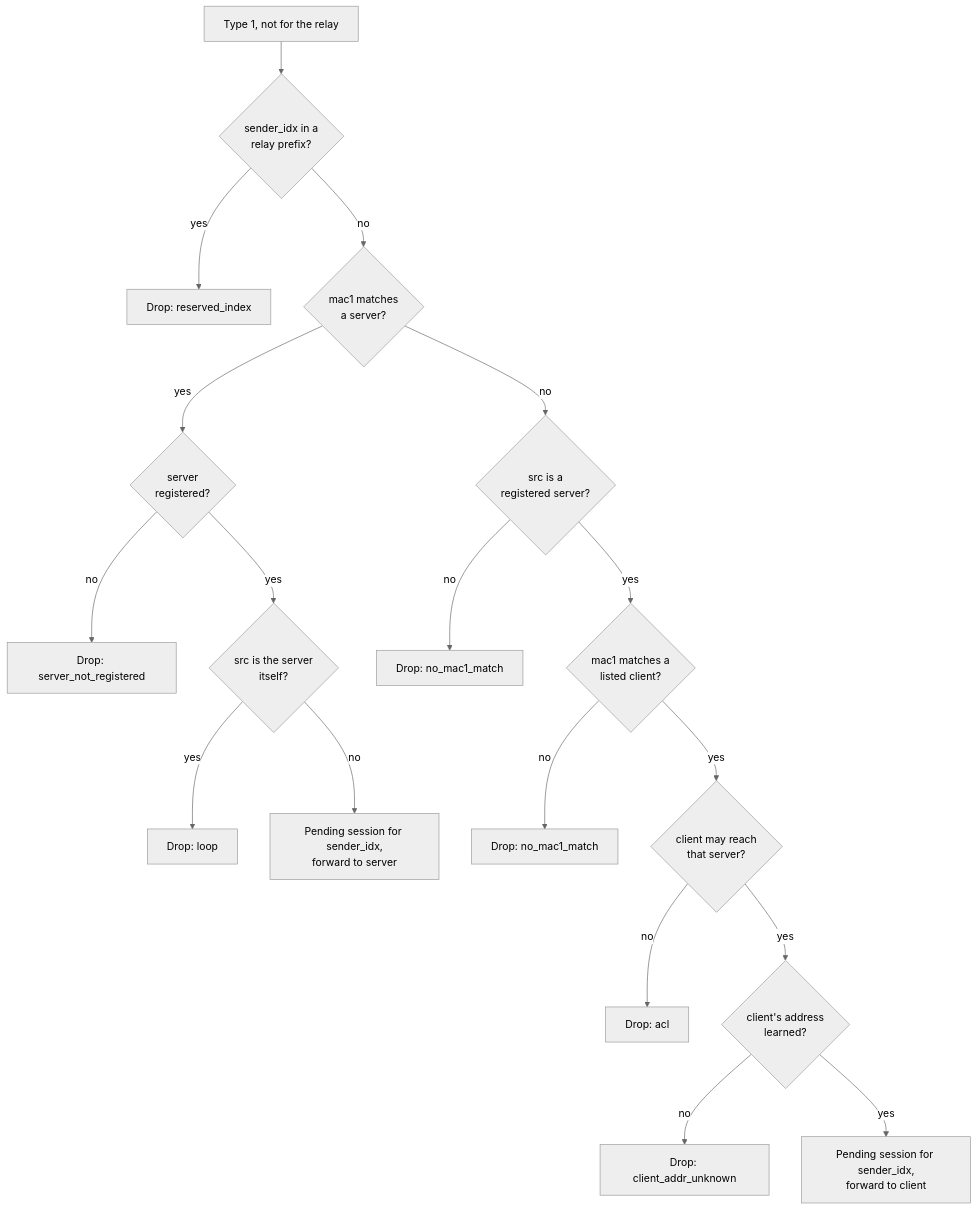
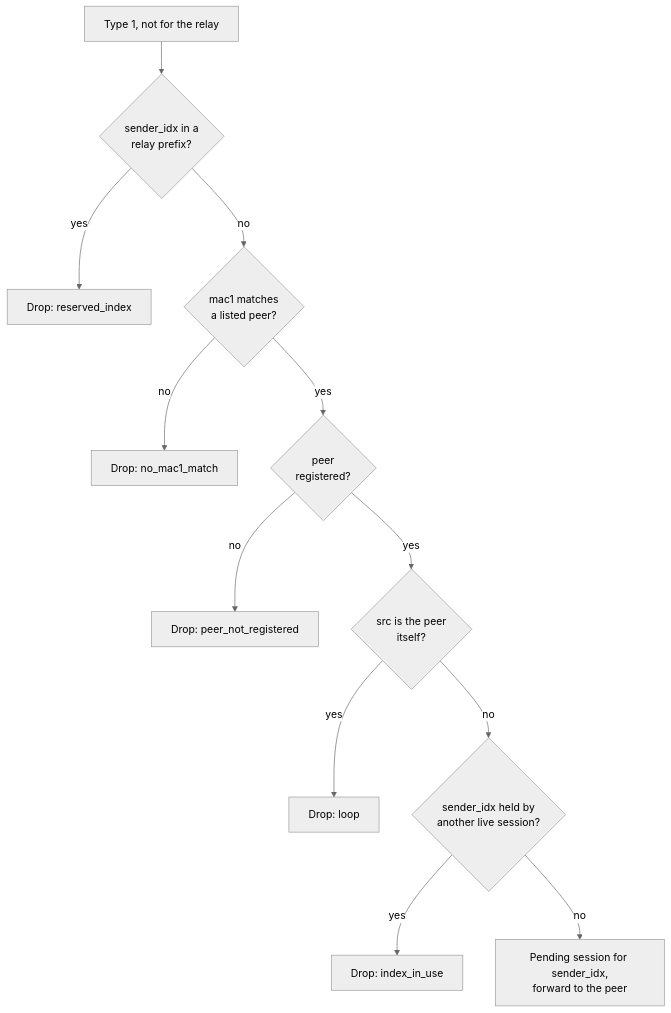
Diagram 15 of 22 in docs/how-it-works.md (3alpha/wg-relay), drawn with Mermaid (neutral theme) before and after one commit. The commit also changed other lines of this file and 16 other files, not shown here.

````diff
--- a/docs/how-it-works.md
+++ b/docs/how-it-works.md
@@ -483,20 +482,14 @@
 ```mermaid
 flowchart TD
     A["Type 1, not for the relay"] --> R{"sender_idx in a<br/>relay prefix?"}
     R -- yes --> X0["Drop: reserved_index"]
-    R -- no --> B{"mac1 matches<br/>a server?"}
-    B -- yes --> C{"server<br/>registered?"}
-    C -- no --> X1["Drop: server_not_registered"]
-    C -- yes --> L{"src is the server<br/>itself?"}
-    L -- yes --> X2["Drop: loop"]
-    L -- no --> OK1["Pending session for sender_idx,<br/>forward to server"]
-    B -- no --> F{"src is a<br/>registered server?"}
-    F -- no --> X3["Drop: no_mac1_match"]
-    F -- yes --> E{"mac1 matches a<br/>listed client?"}
-    E -- no --> X4["Drop: no_mac1_match"]
-    E -- yes --> G{"client may reach<br/>that server?"}
-    G -- no --> X5["Drop: acl"]
-    G -- yes --> H{"client's address<br/>learned?"}
-    H -- no --> X6["Drop: client_addr_unknown"]
-    H -- yes --> OK2["Pending session for sender_idx,<br/>forward to client"]
+    R -- no --> B{"mac1 matches<br/>a listed peer?"}
+    B -- no --> X1["Drop: no_mac1_match"]
+    B -- yes --> C{"peer<br/>registered?"}
+    C -- no --> X2["Drop: peer_not_registered"]
+    C -- yes --> L{"src is the peer<br/>itself?"}
+    L -- yes --> X3["Drop: loop"]
+    L -- no --> U{"sender_idx held by<br/>another live session?"}
+    U -- yes --> X4["Drop: index_in_use"]
+    U -- no --> OK["Pending session for sender_idx,<br/>forward to the peer"]
 ```
````
